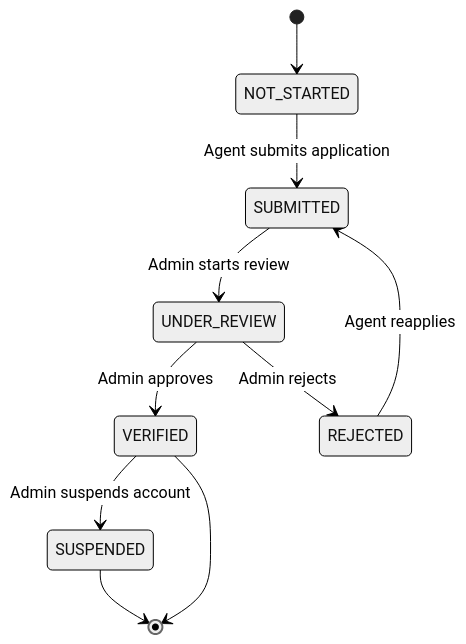
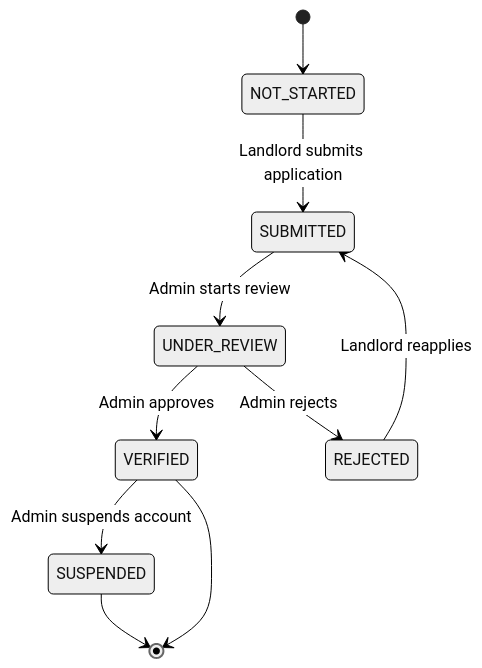
The fourth of 7 diagrams in docs/oliv-homes.md (Tkay6677/oliv_homes), drawn with Mermaid (neutral theme) before and after one commit. The commit also changed other lines of this file and 28 other files, not shown here.

````diff
--- a/docs/oliv-homes.md
+++ b/docs/oliv-homes.md
@@ -209,12 +209,12 @@
 ```mermaid
 stateDiagram-v2
 	[*] --> NOT_STARTED
-	NOT_STARTED --> SUBMITTED: Agent submits application
+	NOT_STARTED --> SUBMITTED: Landlord submits application
 	SUBMITTED --> UNDER_REVIEW: Admin starts review
 	UNDER_REVIEW --> VERIFIED: Admin approves
 	UNDER_REVIEW --> REJECTED: Admin rejects
 	VERIFIED --> SUSPENDED: Admin suspends account
-	REJECTED --> SUBMITTED: Agent reapplies
+	REJECTED --> SUBMITTED: Landlord reapplies
 	SUSPENDED --> [*]
 	VERIFIED --> [*]
 ```
````
